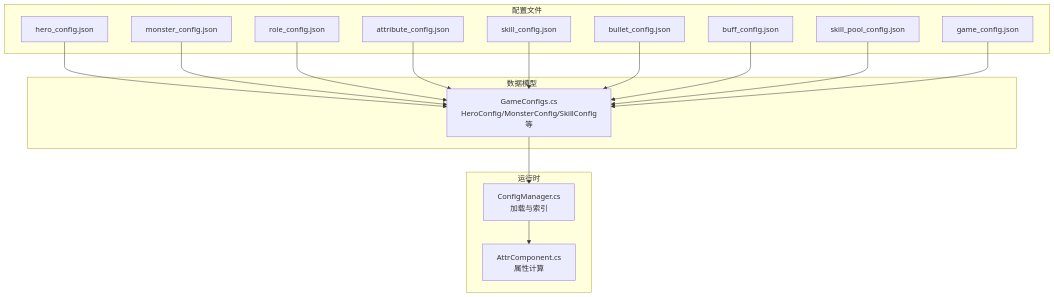
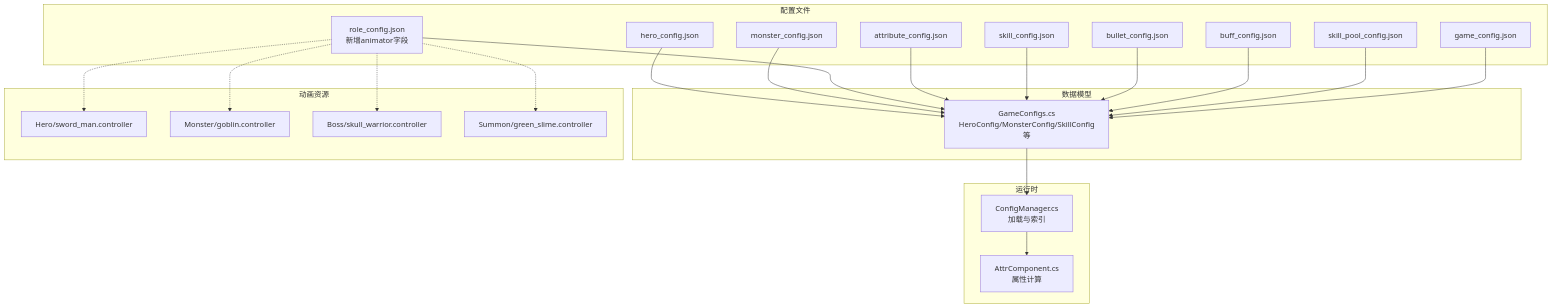
One commit to Tuusen/p1_client changed the first of 5 diagrams in .qoder/repowiki/zh/content/配置管理系统/配置文件类型/角色配置文件.md. Above: the diagram before and after it, drawn with Mermaid. The commit also changed other lines of this file and 13 other files, not shown here.

````diff
--- a/.qoder/repowiki/zh/content/配置管理系统/配置文件类型/角色配置文件.md
+++ b/.qoder/repowiki/zh/content/配置管理系统/配置文件类型/角色配置文件.md
@@ -40,32 +47,42 @@
 ```mermaid
 graph TB
 subgraph "配置文件"
 HC["hero_config.json"]
 MC["monster_config.json"]
-RC["role_config.json"]
+RC["role_config.json<br/>新增animator字段"]
 AC["attribute_config.json"]
 SK["skill_config.json"]
 BC["bullet_config.json"]
 BF["buff_config.json"]
 SP["skill_pool_config.json"]
 GC["game_config.json"]
 end
 subgraph "数据模型"
 GCFG["GameConfigs.cs<br/>HeroConfig/MonsterConfig/SkillConfig等"]
 end
 subgraph "运行时"
 CM["ConfigManager.cs<br/>加载与索引"]
 ATC["AttrComponent.cs<br/>属性计算"]
 end
+subgraph "动画资源"
+HERO_ANIM["Hero/sword_man.controller"]
+MONSTER_ANIM["Monster/goblin.controller"]
+BOSS_ANIM["Boss/skull_warrior.controller"]
+SUMMON_ANIM["Summon/green_slime.controller"]
+end
 HC --> GCFG
 MC --> GCFG
 RC --> GCFG
 AC --> GCFG
 SK --> GCFG
 BC --> GCFG
 BF --> GCFG
 SP --> GCFG
 GC --> GCFG
 GCFG --> CM
 CM --> ATC
+RC -.-> HERO_ANIM
+RC -.-> MONSTER_ANIM
+RC -.-> BOSS_ANIM
+RC -.-> SUMMON_ANIM
 ```
````
